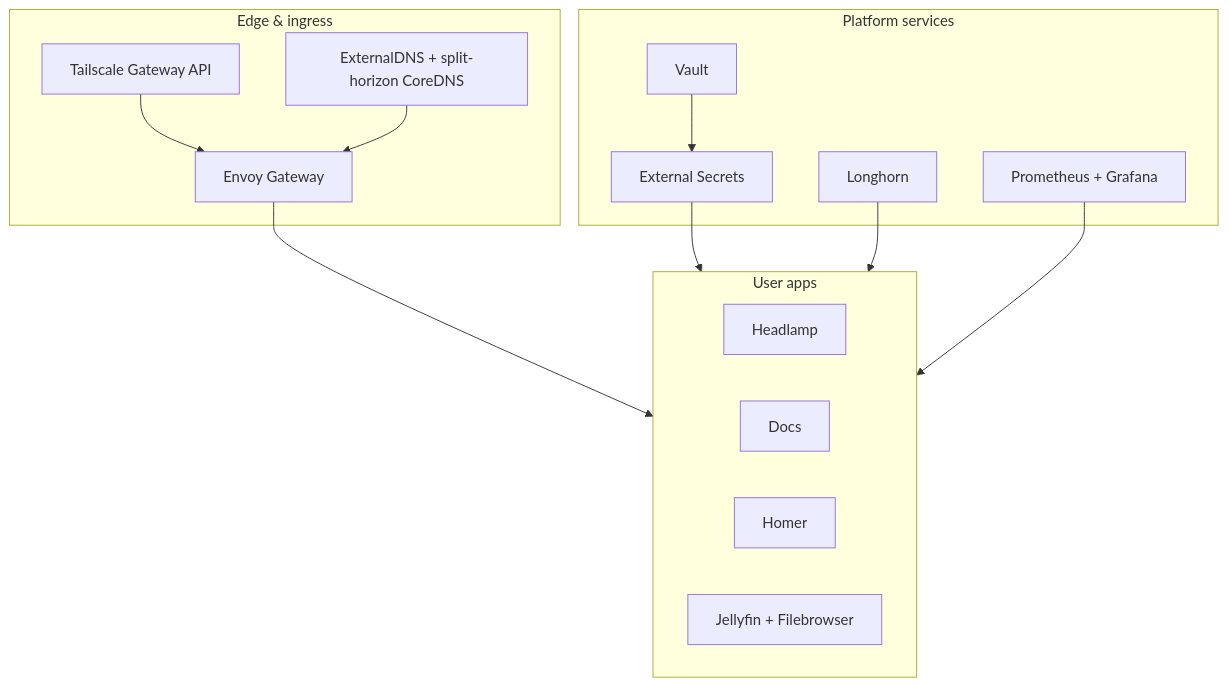
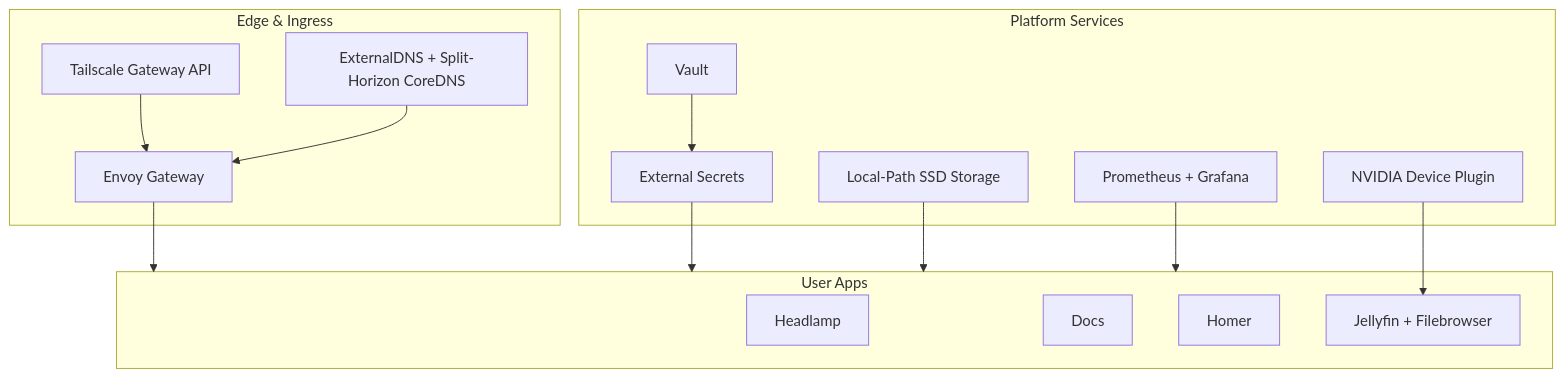
Before and after one commit to nsudhanva/homelab: the second of 4 diagrams in README.md, drawn with Mermaid. The commit also changed other lines of this file and 41 other files, not shown here.

````diff
--- a/README.md
+++ b/README.md
@@ -79,30 +77,32 @@
 ```mermaid
 flowchart TB
-  subgraph Edge["Edge & ingress"]
+  subgraph Edge["Edge & Ingress"]
     Tailscale["Tailscale Gateway API"]
     Envoy["Envoy Gateway"]
-    DNS["ExternalDNS + split-horizon CoreDNS"]
+    DNS["ExternalDNS + Split-Horizon CoreDNS"]
   end
 
-  subgraph Platform["Platform services"]
+  subgraph Platform["Platform Services"]
     Vault["Vault"]
     ESO["External Secrets"]
-    Longhorn["Longhorn"]
+    Storage["Local-Path SSD Storage"]
     Metrics["Prometheus + Grafana"]
+    NVIDIA["NVIDIA Device Plugin"]
   end
 
-  subgraph Apps["User apps"]
+  subgraph Apps["User Apps"]
     Headlamp["Headlamp"]
     Docs["Docs"]
     Homer["Homer"]
     Media["Jellyfin + Filebrowser"]
   end
 
   Tailscale --> Envoy
   DNS --> Envoy
   Envoy --> Apps
   Vault --> ESO
   ESO --> Apps
-  Longhorn --> Apps
+  Storage --> Apps
   Metrics --> Apps
+  NVIDIA --> Media
 ```
````
